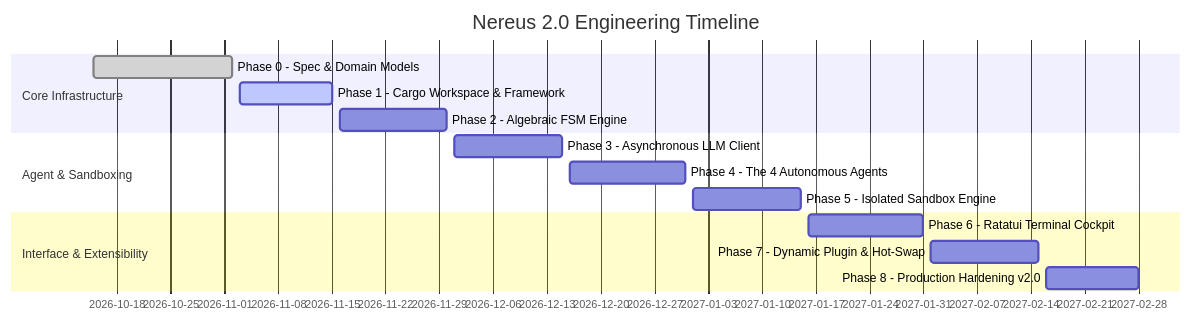
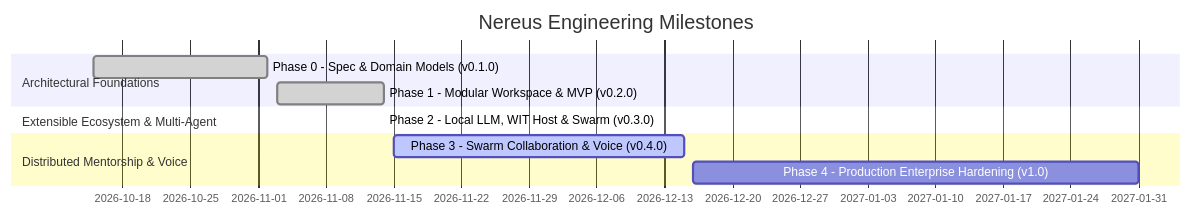
One commit to nereuslabs/Nereus changed the diagram in docs/ROADMAP.md. Above: the diagram before and after it, drawn with Mermaid. The commit also changed other lines of this file and 4 other files, not shown here.

````diff
--- a/docs/ROADMAP.md
+++ b/docs/ROADMAP.md
@@ -9,17 +9,13 @@
 ```mermaid
 gantt
-    title Nereus 2.0 Engineering Timeline
+    title Nereus Engineering Milestones
     dateFormat  YYYY-MM-DD
-    section Core Infrastructure
-    Phase 0 - Spec & Domain Models        :done, p0, 2026-10-15, 2026-11-02
-    Phase 1 - Cargo Workspace & Framework :active, p1, 2026-11-03, 2026-11-15
-    Phase 2 - Algebraic FSM Engine        :p2, 2026-11-16, 2026-11-30
-    section Agent & Sandboxing
-    Phase 3 - Asynchronous LLM Client     :p3, 2026-12-01, 2026-12-15
-    Phase 4 - The 4 Autonomous Agents     :p4, 2026-12-16, 2026-12-31
-    Phase 5 - Isolated Sandbox Engine     :p5, 2027-01-01, 2027-01-15
-    section Interface & Extensibility
-    Phase 6 - Ratatui Terminal Cockpit    :p6, 2027-01-16, 2027-01-31
-    Phase 7 - Dynamic Plugin & Hot-Swap   :p7, 2027-02-01, 2027-02-15
-    Phase 8 - Production Hardening v2.0   :p8, 2027-02-16, 2027-02-28
+    section Architectural Foundations
+    Phase 0 - Spec & Domain Models (v0.1.0)       :done, p0, 2026-10-15, 2026-11-02
+    Phase 1 - Modular Workspace & MVP (v0.2.0)    :done, p1, 2026-11-03, 2026-11-14
+    section Extensible Ecosystem & Multi-Agent
+    Phase 2 - Local LLM, WIT Host & Swarm (v0.3.0):done, p2, 2026-11-14, 2026-11-14
+    section Distributed Mentorship & Voice
+    Phase 3 - Swarm Collaboration & Voice (v0.4.0) :active, p3, 2026-11-15, 2026-12-15
+    Phase 4 - Production Enterprise Hardening (v1.0):p4, 2026-12-16, 2027-01-31
 ```
````
